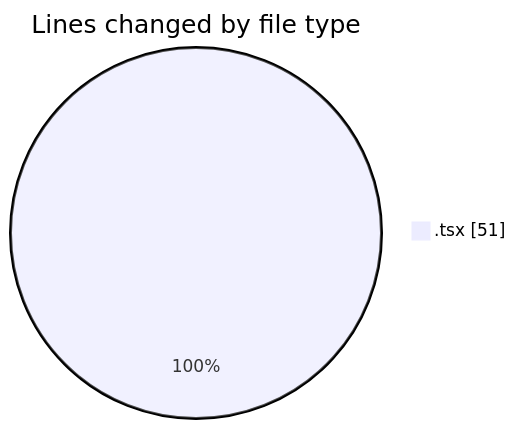
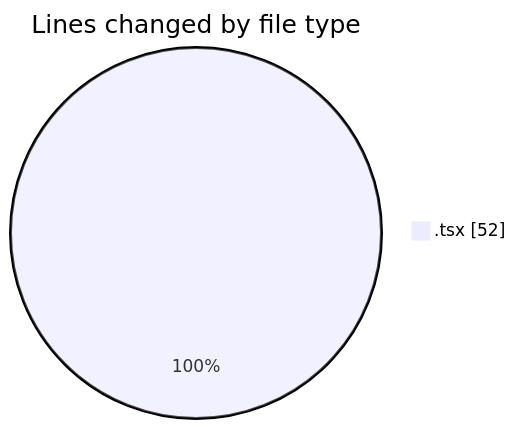
The first of 2 diagrams in 2025-03-27/cda/README.md (momahboobian/code-tracking), drawn with Mermaid before and after one commit. The commit also changed other lines of this file and 1 other file, not shown here.

````diff
--- a/2025-03-27/cda/README.md
+++ b/2025-03-27/cda/README.md
@@ -20,5 +20,5 @@
 ```mermaid
 pie showData
 title Lines changed by file type
-".tsx" : 51
+".tsx" : 52
 ```
````
